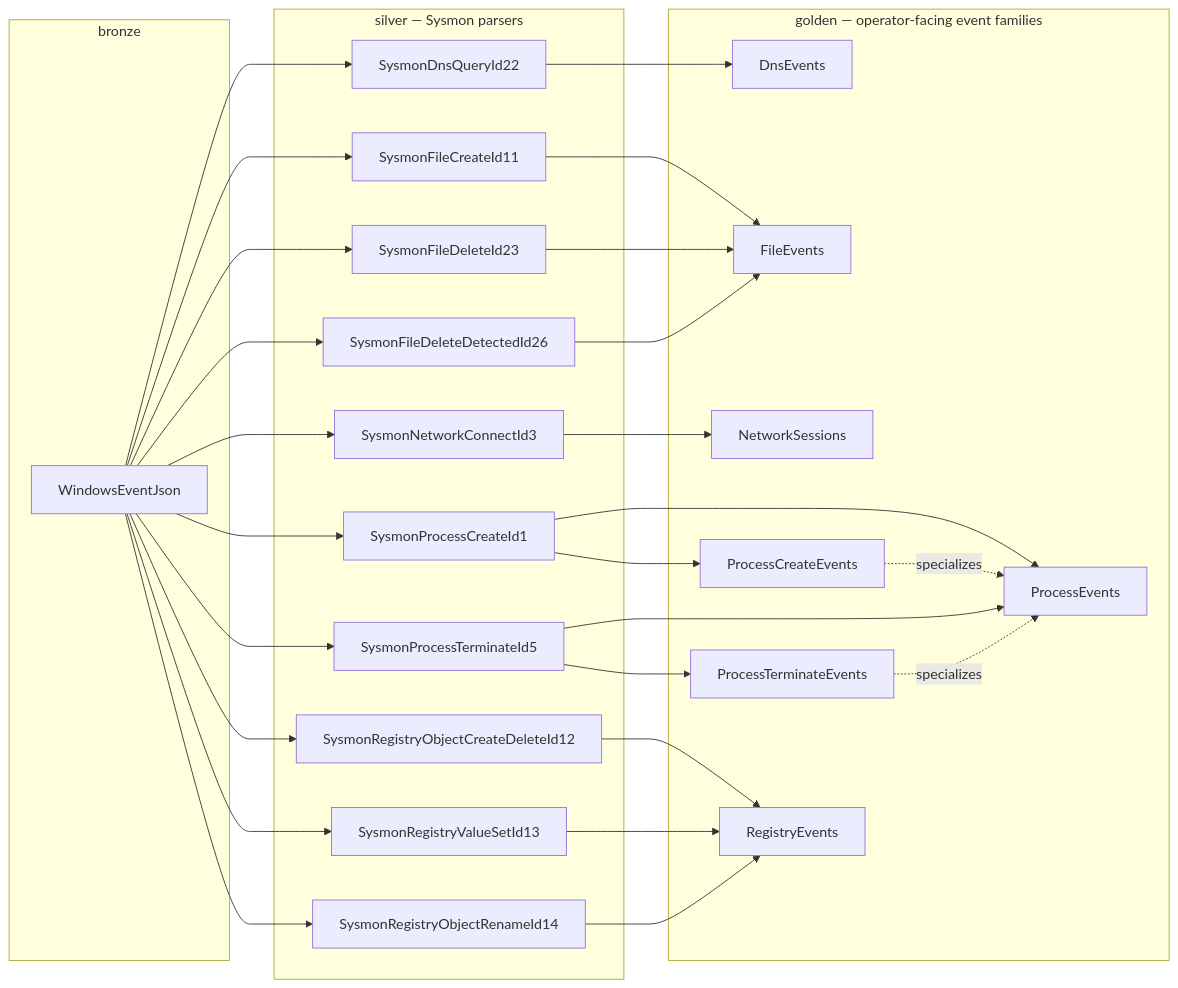
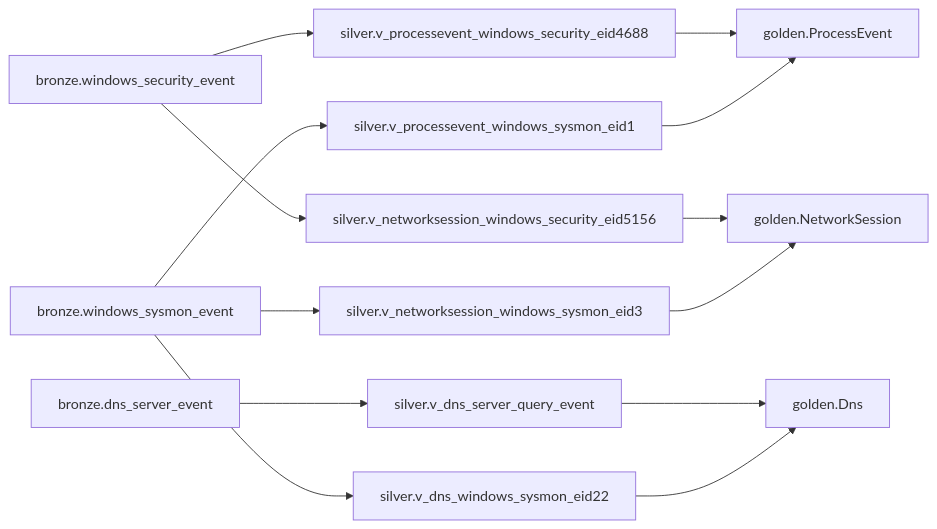
One commit to DeltaZulu-OU/DeltaZulu.Platform changed the diagram in docs/ARCHITECTURE.md. Above: the diagram before and after it, drawn with Mermaid. The commit also changed other lines of this file and 47 other files, not shown here.

First line of the commit message:
Establish Phase 1A medallion schema checkpoint (#1)

````diff
--- a/docs/ARCHITECTURE.md
+++ b/docs/ARCHITECTURE.md
@@ -191,56 +85,16 @@
 ```mermaid
 flowchart LR
-    subgraph bronze["bronze"]
-        B1["WindowsEventJson"]
-    end
+    Bsys["bronze.windows_sysmon_event"] --> Sproc1["silver.v_processevent_windows_sysmon_eid1"]
+    Bsec["bronze.windows_security_event"] --> Sproc4688["silver.v_processevent_windows_security_eid4688"]
+    Bsys --> Snet3["silver.v_networksession_windows_sysmon_eid3"]
+    Bsec --> Snet5156["silver.v_networksession_windows_security_eid5156"]
+    Bsys --> Sdns22["silver.v_dns_windows_sysmon_eid22"]
+    Bdns["bronze.dns_server_event"] --> SdnsServer["silver.v_dns_server_query_event"]
 
-    subgraph silver["silver — Sysmon parsers"]
-        S22["SysmonDnsQueryId22"]
-        S11["SysmonFileCreateId11"]
-        S23["SysmonFileDeleteId23"]
-        S26["SysmonFileDeleteDetectedId26"]
-        S3["SysmonNetworkConnectId3"]
-        S1["SysmonProcessCreateId1"]
-        S5["SysmonProcessTerminateId5"]
-        S12["SysmonRegistryObjectCreateDeleteId12"]
-        S13["SysmonRegistryValueSetId13"]
-        S14["SysmonRegistryObjectRenameId14"]
-    end
-
-    subgraph golden["golden — operator-facing event families"]
-        Gdns["DnsEvents"]
-        Gfile["FileEvents"]
-        Gnet["NetworkSessions"]
-        Gproc["ProcessEvents"]
-        Gpc["ProcessCreateEvents"]
-        Gpt["ProcessTerminateEvents"]
-        Greg["RegistryEvents"]
-    end
-
-    B1 --> S22
-    B1 --> S11
-    B1 --> S23
-    B1 --> S26
-    B1 --> S3
-    B1 --> S1
-    B1 --> S5
-    B1 --> S12
-    B1 --> S13
-    B1 --> S14
-
-    S22 --> Gdns
-    S11 --> Gfile
-    S23 --> Gfile
-    S26 --> Gfile
-    S3 --> Gnet
-    S1 --> Gproc
-    S5 --> Gproc
-    S1 --> Gpc
-    S5 --> Gpt
-    S12 --> Greg
-    S13 --> Greg
-    S14 --> Greg
-
-    Gpc -. "specializes" .-> Gproc
-    Gpt -. "specializes" .-> Gproc
+    Sproc1 --> Gproc["golden.ProcessEvent"]
+    Sproc4688 --> Gproc
+    Snet3 --> Gnet["golden.NetworkSession"]
+    Snet5156 --> Gnet
+    Sdns22 --> Gdns["golden.Dns"]
+    SdnsServer --> Gdns
 ```
````
